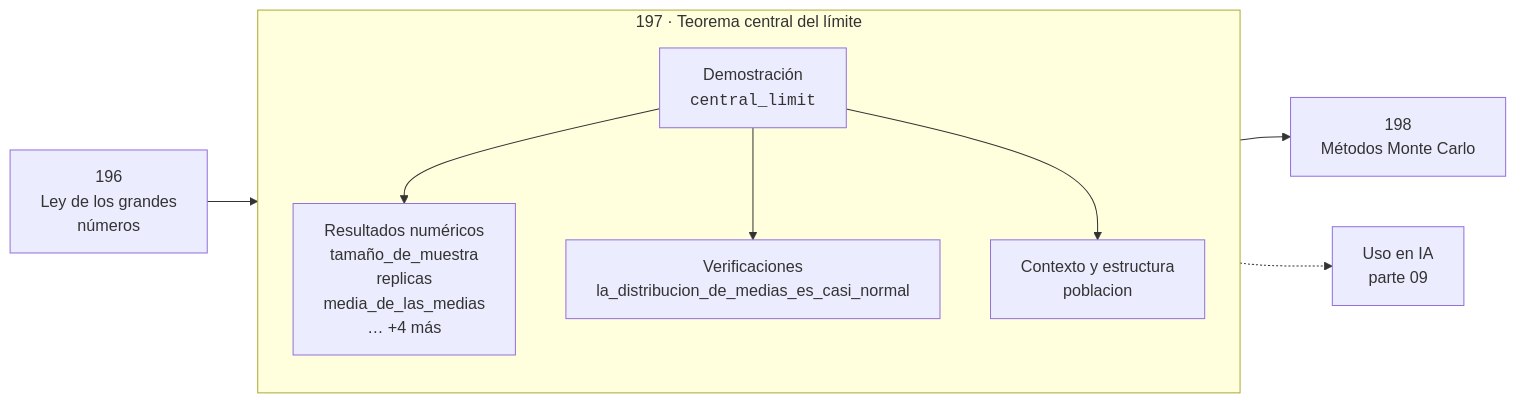
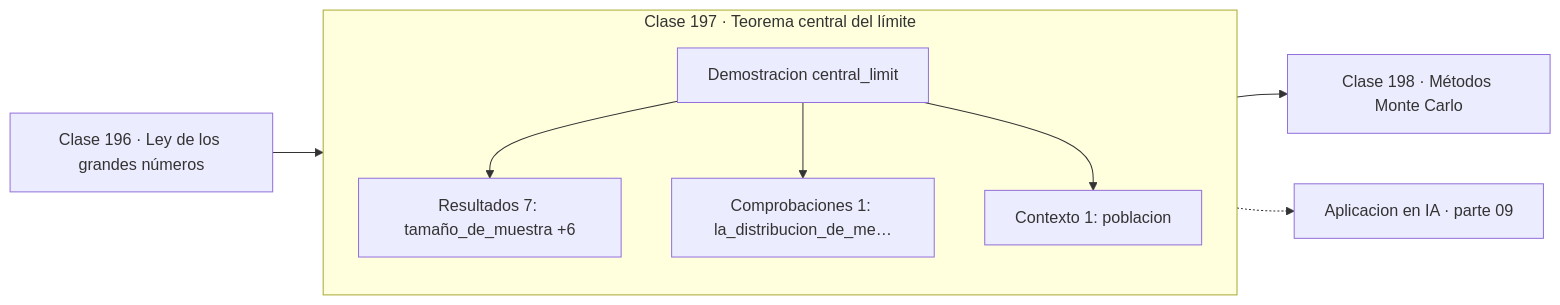
Before and after one commit to vladimiracunadev-create/computational-mathematics-program: the diagram in classes/part-09-probabilidad-y-procesos-aleatorios/197-teorema-central-del-limite/README.md, drawn with Mermaid. The commit also changed 389 other files, not shown here.

First line of the commit message:
fix(diagramas): elimina el HTML de las etiquetas Mermaid

````diff
--- a/classes/part-09-probabilidad-y-procesos-aleatorios/197-teorema-central-del-limite/README.md
+++ b/classes/part-09-probabilidad-y-procesos-aleatorios/197-teorema-central-del-limite/README.md
@@ -30,12 +30,13 @@
 ```mermaid
 flowchart LR
-    P["196<br/>Ley de los grandes<br/>números"] --> C
-    subgraph C["197 · Teorema central del límite"]
+    P["Clase 196 · Ley de los grandes números"] --> D
+    subgraph CLASE["Clase 197 · Teorema central del límite"]
         direction TB
-        D["Demostración<br/><code>central_limit</code>"] --> R["Resultados numéricos<br/>tamaño_de_muestra<br/>replicas<br/>media_de_las_medias<br/>… +4 más"]
-        D --> V["Verificaciones<br/>la_distribucion_de_medias_es_casi_normal"]
-        D --> O["Contexto y estructura<br/>poblacion"]
+        D["Demostracion central_limit"]
+        D --> R["Resultados 7: tamaño_de_muestra +6"]
+        D --> V["Comprobaciones 1: la_distribucion_de_me…"]
+        D --> O["Contexto 1: poblacion"]
     end
-    C --> N["198<br/>Métodos Monte Carlo"]
-    C -.-> IA["Uso en IA<br/>parte 09"]
+    R --> N["Clase 198 · Métodos Monte Carlo"]
+    V -.-> IA["Aplicacion en IA · parte 09"]
 ```
````
